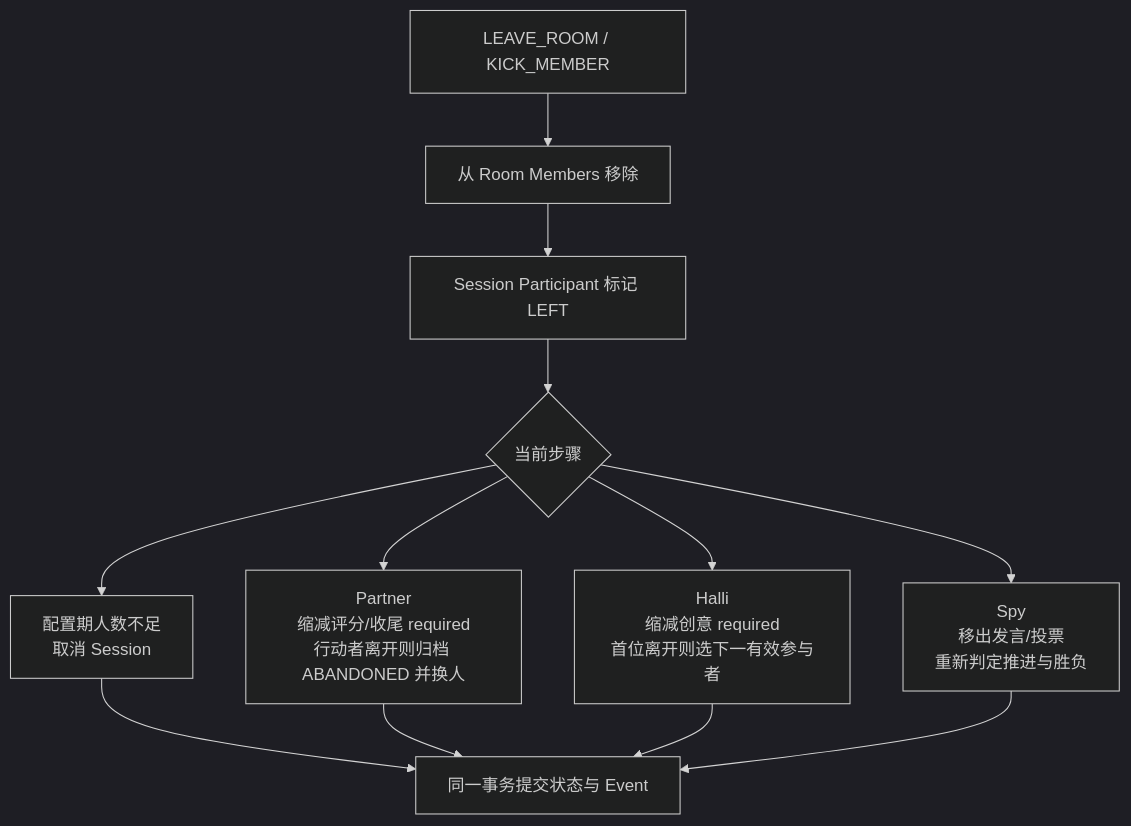
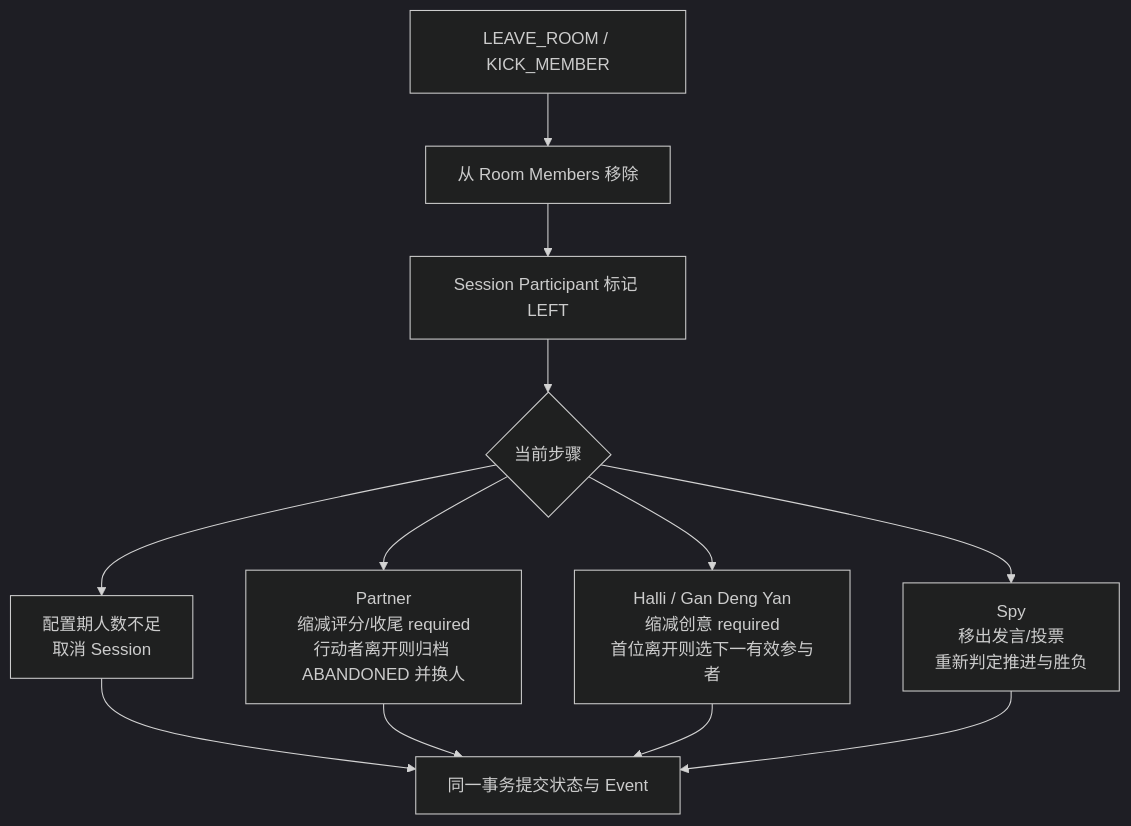
One commit to Bubble-419/cardboard-miniprogram changed diagram 16 of 19 in docs/ROOM_BUSINESS_FLOWS.md. Above: the diagram before and after it, drawn with Mermaid (dark theme). The commit also changed other lines of this file and 49 other files, not shown here.

Commit message:
feat: refine room flows and interaction feedback

````diff
--- a/docs/ROOM_BUSINESS_FLOWS.md
+++ b/docs/ROOM_BUSINESS_FLOWS.md
@@ -557,18 +567,18 @@
 ```mermaid
 flowchart TD
   EXIT[LEAVE_ROOM / KICK_MEMBER]
   ROOM[从 Room Members 移除]
   PARTICIPANT[Session Participant 标记 LEFT]
   MODE{当前步骤}
   CANCEL[配置期人数不足<br/>取消 Session]
   PARTNER[Partner<br/>缩减评分/收尾 required<br/>行动者离开则归档 ABANDONED 并换人]
-  HALLI[Halli<br/>缩减创意 required<br/>首位离开则选下一有效参与者]
+  HALLI[Halli / Gan Deng Yan<br/>缩减创意 required<br/>首位离开则选下一有效参与者]
   SPY[Spy<br/>移出发言/投票<br/>重新判定推进与胜负]
   EVENT[同一事务提交状态与 Event]
 
   EXIT --> ROOM --> PARTICIPANT --> MODE
   MODE --> CANCEL --> EVENT
   MODE --> PARTNER --> EVENT
   MODE --> HALLI --> EVENT
   MODE --> SPY --> EVENT
 ```
````
